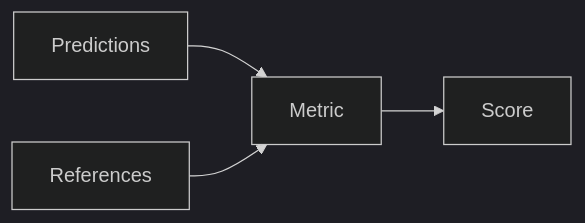
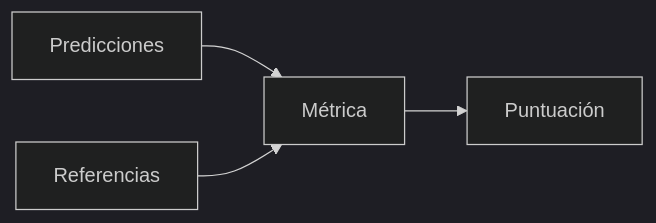
Before and after one commit to EmersonBraun/ai-summary-hub: the diagram in i18n/es/docusaurus-plugin-content-docs/current/evaluation-metrics/index.md, drawn with Mermaid (dark theme). The commit also changed other lines of this file and 230 other files, not shown here.

````diff
--- a/i18n/es/docusaurus-plugin-content-docs/current/evaluation-metrics/index.md
+++ b/i18n/es/docusaurus-plugin-content-docs/current/evaluation-metrics/index.md
@@ -17,6 +19,6 @@
 ```mermaid
 flowchart LR
-  Predictions[Predictions] --> Metric[Metric]
-  References[References] --> Metric
-  Metric --> Score[Score]
+  Predictions[Predicciones] --> Metric[Métrica]
+  References[Referencias] --> Metric
+  Metric --> Score[Puntuación]
 ```
````
